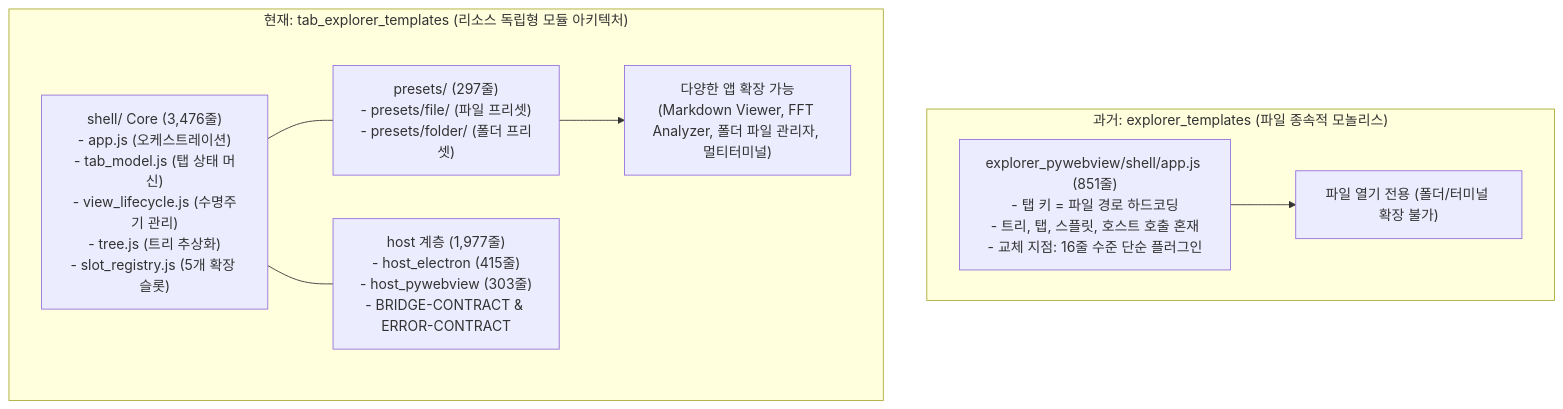
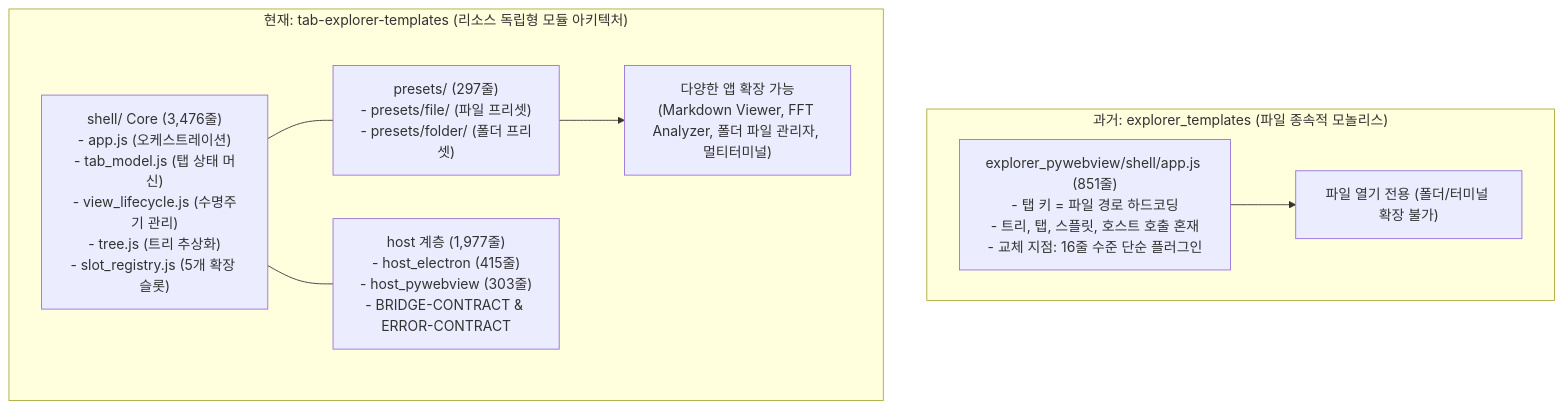
Before and after one commit to nampluskr/tab-explorer-templates: the diagram in docs/ARCHITECTURE-COMPARISON.md, drawn with Mermaid. The commit also changed other lines of this file and 8 other files, not shown here.

Commit message:
docs: rename project to tab-explorer-templates

````diff
--- a/docs/ARCHITECTURE-COMPARISON.md
+++ b/docs/ARCHITECTURE-COMPARISON.md
@@ -15,19 +15,19 @@
 ```mermaid
 graph TD
     subgraph "과거: explorer_templates (파일 종속적 모놀리스)"
         OldShell["explorer_pywebview/shell/app.js (851줄)<br/>- 탭 키 = 파일 경로 하드코딩<br/>- 트리, 탭, 스플릿, 호스트 호출 혼재<br/>- 교체 지점: 16줄 수준 단순 플러그인"]
         OldShell --> FileOnly["파일 열기 전용 (폴더/터미널 확장 불가)"]
     end
 
-    subgraph "현재: tab_explorer_templates (리소스 독립형 모듈 아키텍처)"
+    subgraph "현재: tab-explorer-templates (리소스 독립형 모듈 아키텍처)"
         ShellCore["shell/ Core (3,476줄)<br/>- app.js (오케스트레이션)<br/>- tab_model.js (탭 상태 머신)<br/>- view_lifecycle.js (수명주기 관리)<br/>- tree.js (트리 추상화)<br/>- slot_registry.js (5개 확장 슬롯)"]
         
         Presets["presets/ (297줄)<br/>- presets/file/ (파일 프리셋)<br/>- presets/folder/ (폴더 프리셋)"]
         
         HostLayer["host 계층 (1,977줄)<br/>- host_electron (415줄)<br/>- host_pywebview (303줄)<br/>- BRIDGE-CONTRACT & ERROR-CONTRACT"]
 
         ShellCore --- Presets
         ShellCore --- HostLayer
         Presets --> Apps["다양한 앱 확장 가능<br/>(Markdown Viewer, FFT Analyzer, 폴더 파일 관리자, 멀티터미널)"]
     end
 ```
````
